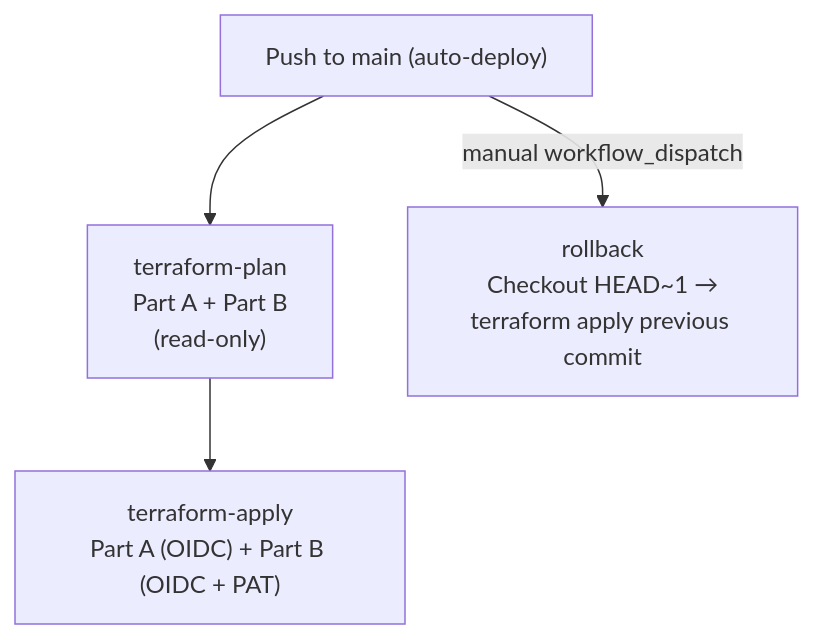
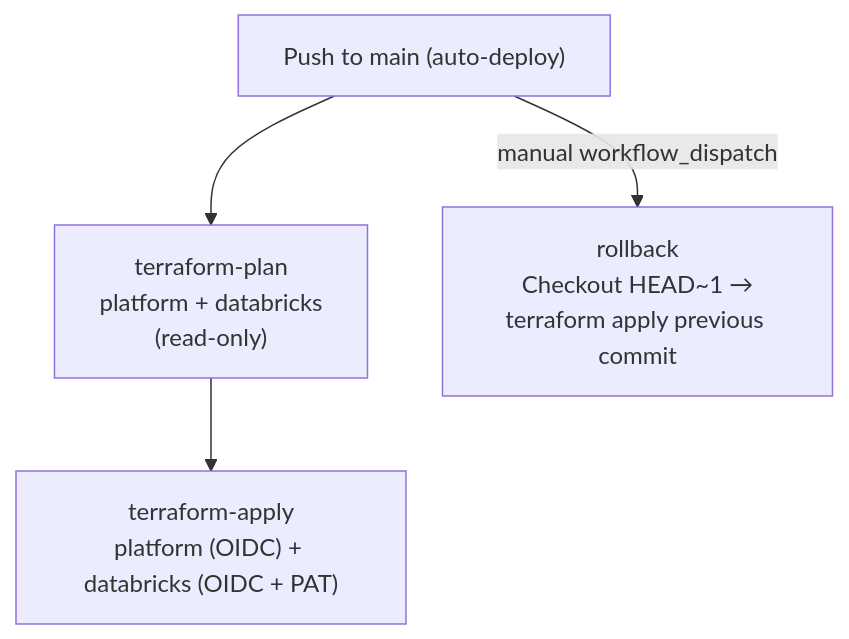
The eighth of 10 diagrams in docs/README-full.md (AhmedIkram05/w3c-etl-pipeline), drawn with Mermaid before and after one commit. The commit also changed other lines of this file and 12 other files, not shown here.

````diff
--- a/docs/README-full.md
+++ b/docs/README-full.md
@@ -929,6 +960,6 @@
 ```mermaid
 flowchart TD
-    cd["Push to main (auto-deploy)"] --> plan["terraform-plan<br/>Part A + Part B<br/>(read-only)"]
-    plan --> apply["terraform-apply<br/>Part A (OIDC) + Part B (OIDC + PAT)"]
+    cd["Push to main (auto-deploy)"] --> plan["terraform-plan<br/>platform + databricks<br/>(read-only)"]
+    plan --> apply["terraform-apply<br/>platform (OIDC) + databricks (OIDC + PAT)"]
     cd -->|"manual workflow_dispatch"| rollback["rollback<br/>Checkout HEAD~1 →<br/>terraform apply previous commit"]
 ```
````
